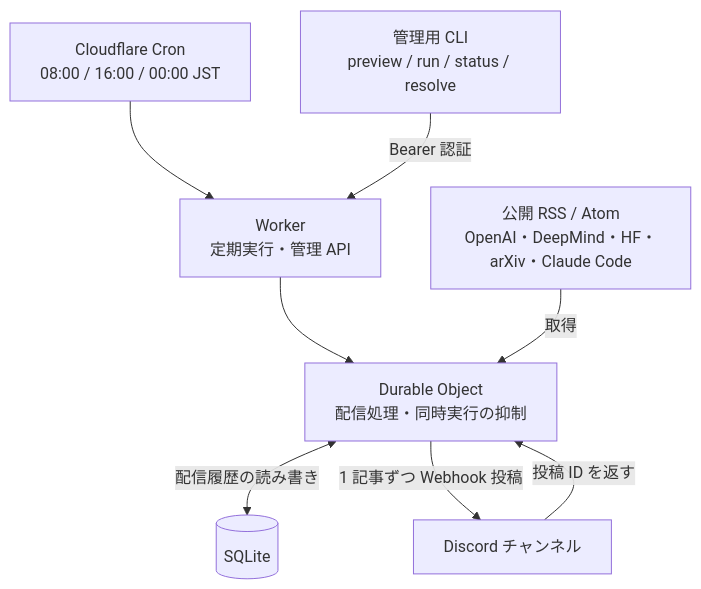
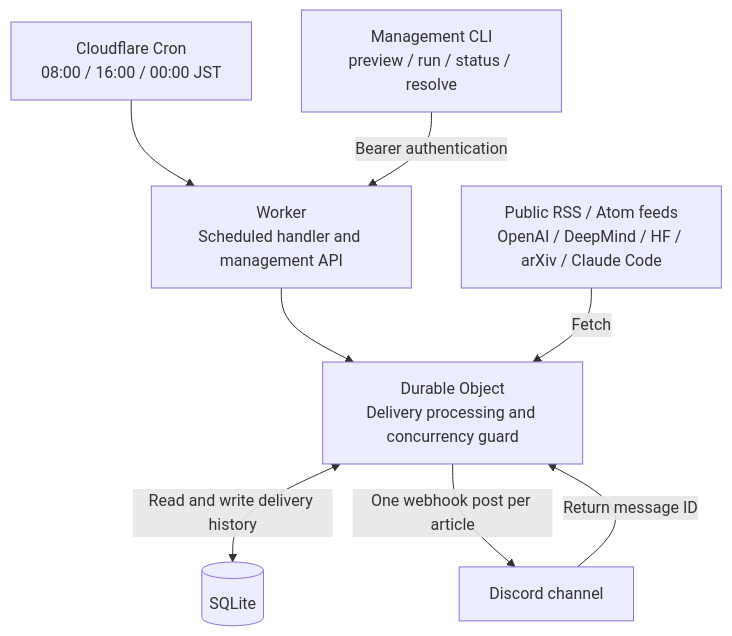
One commit to U5K492/ai-news-discord changed the diagram in README.md. Above: the diagram before and after it, drawn with Mermaid. The commit also changed other lines of this file and 1 other file, not shown here.

````diff
--- a/README.md
+++ b/README.md
@@ -25,10 +27,10 @@
 ```mermaid
 flowchart TD
-    Cron["Cloudflare Cron<br/>08:00 / 16:00 / 00:00 JST"] --> Worker["Worker<br/>定期実行・管理 API"]
-    CLI["管理用 CLI<br/>preview / run / status / resolve"] -->|Bearer 認証| Worker
-    Worker --> DO["Durable Object<br/>配信処理・同時実行の抑制"]
-    Feeds["公開 RSS / Atom<br/>OpenAI・DeepMind・HF・arXiv・Claude Code"] -->|取得| DO
-    DO <-->|配信履歴の読み書き| DB[(SQLite)]
-    DO -->|1 記事ずつ Webhook 投稿| Discord["Discord チャンネル"]
-    Discord -->|投稿 ID を返す| DO
+    Cron["Cloudflare Cron<br/>08:00 / 16:00 / 00:00 JST"] --> Worker["Worker<br/>Scheduled handler and management API"]
+    CLI["Management CLI<br/>preview / run / status / resolve"] -->|Bearer authentication| Worker
+    Worker --> DO["Durable Object<br/>Delivery processing and concurrency guard"]
+    Feeds["Public RSS / Atom feeds<br/>OpenAI / DeepMind / HF / arXiv / Claude Code"] -->|Fetch| DO
+    DO <-->|Read and write delivery history| DB[(SQLite)]
+    DO -->|One webhook post per article| Discord["Discord channel"]
+    Discord -->|Return message ID| DO
 ```
````
